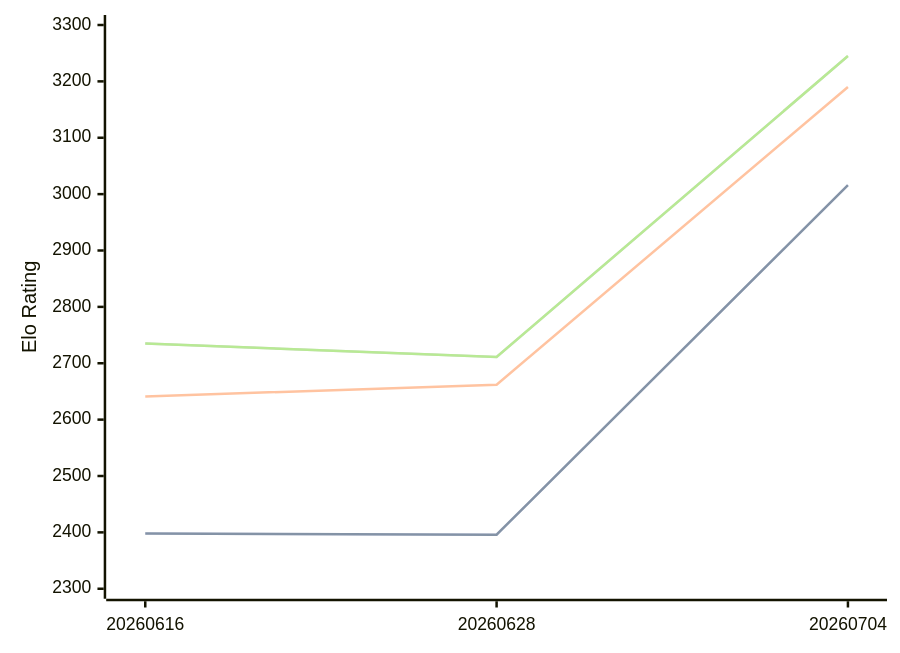
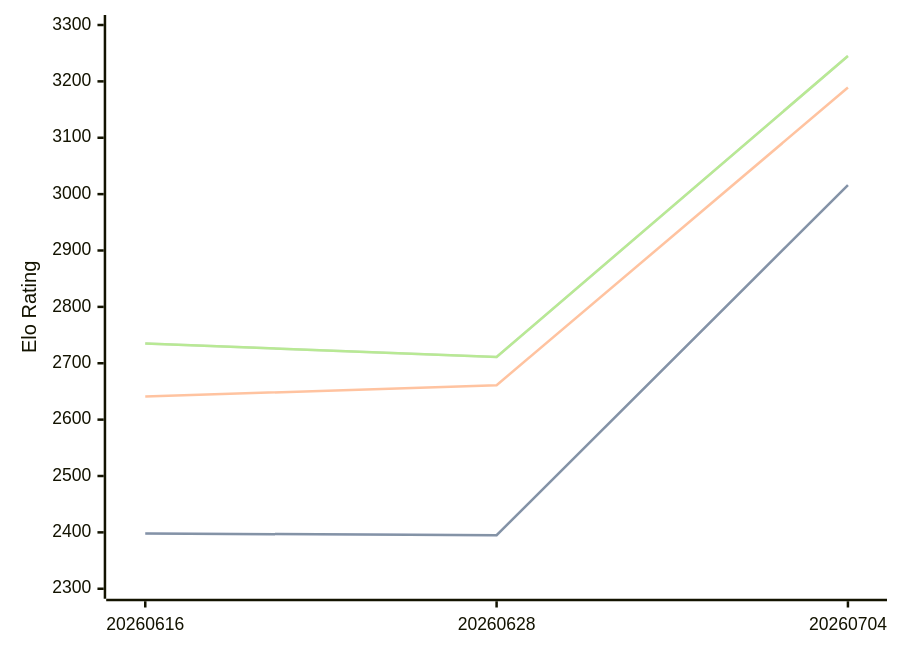
Before and after one commit to computer-chess-index/cci: the diagram in engines/Askaig.md, drawn with Mermaid. The commit also changed other lines of this file, not shown here.

````diff
--- a/engines/Askaig.md
+++ b/engines/Askaig.md
@@ -35,11 +35,11 @@
 ```mermaid
 %%{init: {"theme":"base","themeVariables":{"seriesColors:['#a3a3a3','#222221','#faa371']}}}%%
 xychart-beta
   x-axis ["20260616", "20260628", "20260704"]
   y-axis "Elo Rating" 2300 --> 3300
-  line "STC (8.0+0.08s)" [2398, 2396, 3016]
-  line "STC (8.0+0.08s)" [2398, 2396, 3016]
-  line "LTC (60.0+0.60s)" [2641, 2662, 3190]
+  line "STC (8.0+0.08s)" [2398, 2395, 3016]
+  line "STC (8.0+0.08s)" [2398, 2395, 3016]
+  line "LTC (60.0+0.60s)" [2641, 2661, 3189]
   line "VLTC (2m24s+1.12s)" [2735, 2711, 3245]
   line "VLTC (2m24s+1.12s)" [2735, 2711, 3245]
 ```
````
